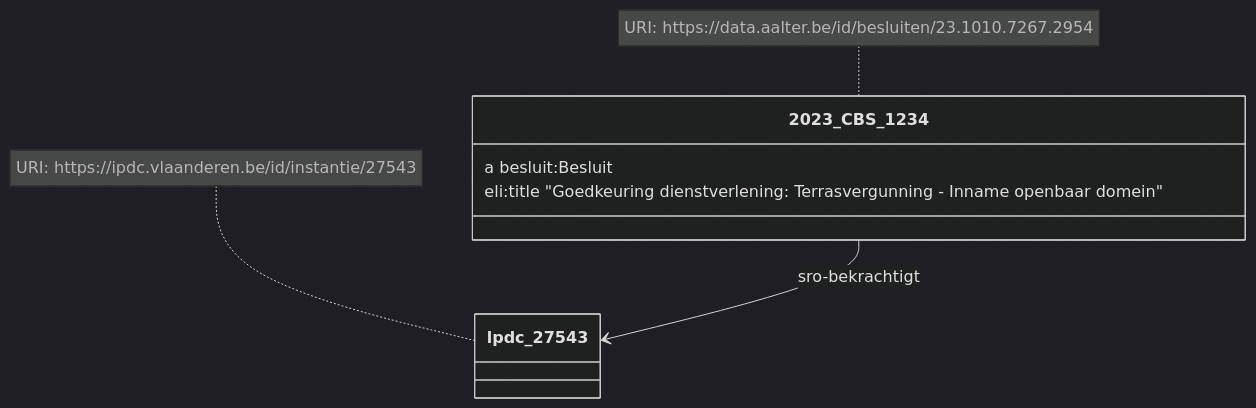
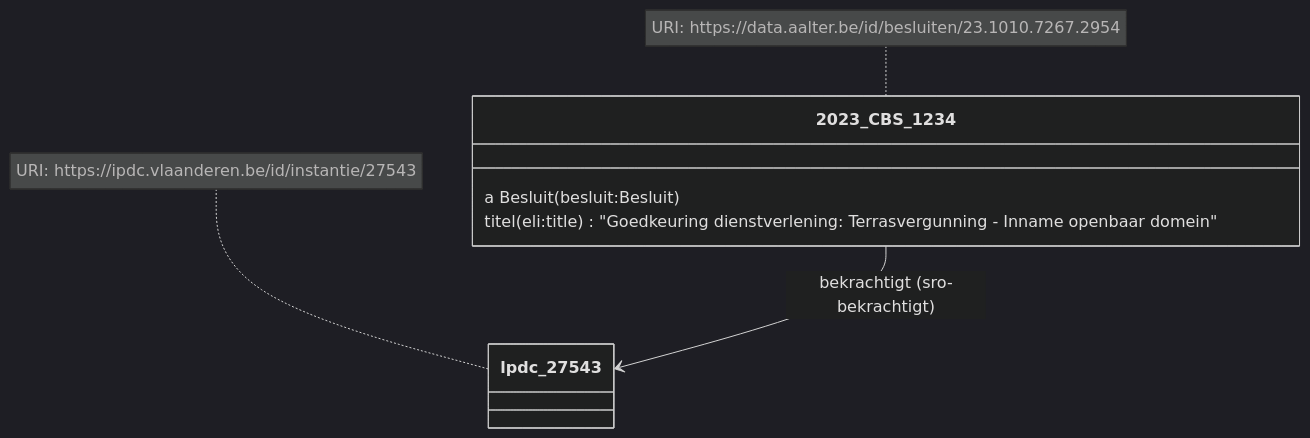
Before and after one commit to Informatievlaanderen/OSLOthema-slimmeRaadpleegOmgeving: the eighth of 9 diagrams in README.md, drawn with Mermaid (dark theme). The commit also changed other lines of this file, not shown here.

````diff
--- a/README.md
+++ b/README.md
@@ -262,12 +262,12 @@
 ```mermaid
 classDiagram
-    2023_CBS_1234 --> lpdc_27543: sro-bekrachtigt
+    2023_CBS_1234 --> lpdc_27543: bekrachtigt (sro-bekrachtigt)
     note for 2023_CBS_1234 "URI: https://data.aalter.be/id/besluiten/23.1010.7267.2954"
     note for lpdc_27543 "URI: https://ipdc.vlaanderen.be/id/instantie/27543"
     class 2023_CBS_1234 {
-      a besluit:Besluit
-      eli:title "Goedkeuring dienstverlening: Terrasvergunning - Inname openbaar domein"
+      a Besluit (besluit:Besluit)
+      titel (eli:title) "Goedkeuring dienstverlening: Terrasvergunning - Inname openbaar domein"
     }
     class lpdc_27543 {
     }
 ```
````
